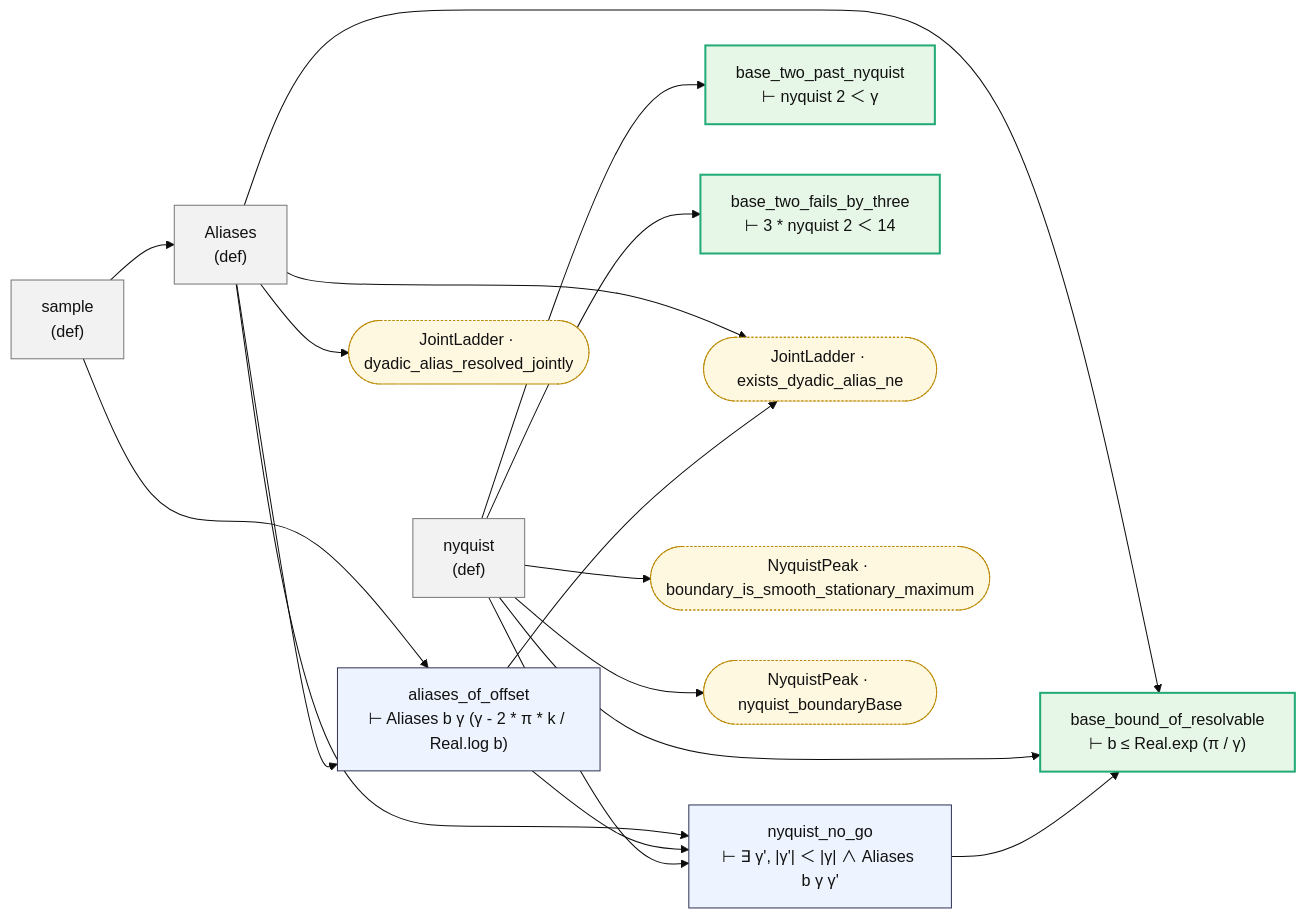
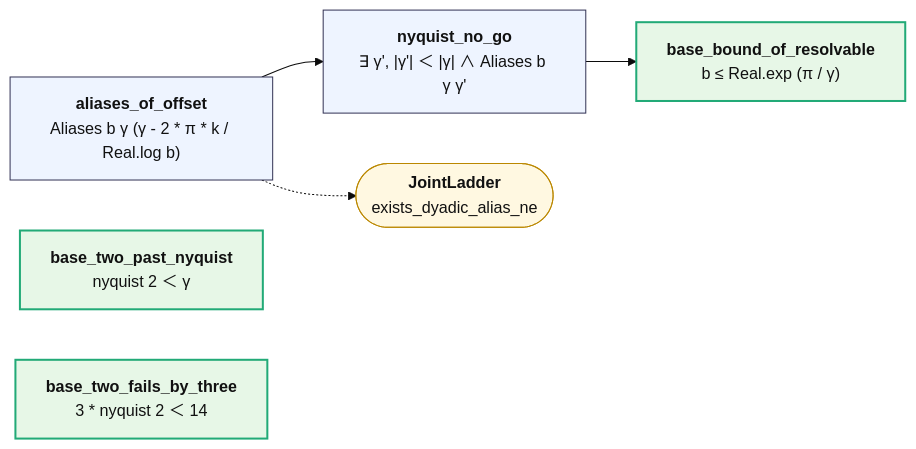
One commit to juliansambranojr/Primebeat_081426 changed the diagram in map/lean/Nyquist.md. Above: the diagram before and after it, drawn with Mermaid (base theme). The commit also changed other lines of this file and 387 other files, not shown here.

````diff
--- a/map/lean/Nyquist.md
+++ b/map/lean/Nyquist.md
@@ -8,37 +12,17 @@
 ```mermaid
 flowchart LR
-  n0["sample<br/>(def)"]:::dfn
-  n1["Aliases<br/>(def)"]:::dfn
-  n2["aliases_of_offset<br/>⊢ Aliases b γ (γ - 2 * π * k / Real.log b)"]:::thm
-  n3["nyquist<br/>(def)"]:::dfn
-  n4["nyquist_no_go<br/>⊢ ∃ γ', |γ'| ＜ |γ| ∧ Aliases b γ γ'"]:::thm
-  n5["base_bound_of_resolvable<br/>⊢ b ≤ Real.exp (π / γ)"]:::end_
-  n6["base_two_past_nyquist<br/>⊢ nyquist 2 ＜ γ"]:::end_
-  n7["base_two_fails_by_three<br/>⊢ 3 * nyquist 2 ＜ 14"]:::end_
-  x0(["JointLadder · dyadic_alias_resolved_jointly"]):::ext
-  x1(["JointLadder · exists_dyadic_alias_ne"]):::ext
-  x2(["NyquistPeak · boundary_is_smooth_stationary_maximum"]):::ext
-  x3(["NyquistPeak · nyquist_boundaryBase"]):::ext
+  n0["<b>aliases_of_offset</b><br/>Aliases b γ (γ - 2 * π * k / Real.log b)"]:::thm
+  n1["<b>nyquist_no_go</b><br/>∃ γ', |γ'| ＜ |γ| ∧ Aliases b γ γ'"]:::thm
+  n2["<b>base_bound_of_resolvable</b><br/>b ≤ Real.exp (π / γ)"]:::end_
+  n3["<b>base_two_past_nyquist</b><br/>nyquist 2 ＜ γ"]:::end_
+  n4["<b>base_two_fails_by_three</b><br/>3 * nyquist 2 ＜ 14"]:::end_
+  x0(["<b>JointLadder</b><br/>exists_dyadic_alias_ne"]):::ext
   n0 --> n1
-  n0 --> n2
   n1 --> n2
-  n1 --> n4
-  n1 --> n5
-  n1 --> x0
-  n1 --> x1
-  n2 --> n4
-  n2 --> x1
-  n3 --> n4
-  n3 --> n5
-  n3 --> n6
-  n3 --> n7
-  n3 --> x2
-  n3 --> x3
-  n4 --> n5
+  n0 -.-> x0
   classDef thm fill:#eef4ff,stroke:#335,color:#111
-  classDef dfn fill:#f2f2f2,stroke:#777,color:#111
   classDef end_ fill:#e7f7e7,stroke:#2a7,color:#111,stroke-width:2px
   classDef lone fill:#fff,stroke:#999,color:#111,stroke-dasharray:4 3
   classDef bad fill:#ffe5e5,stroke:#c22,color:#111,stroke-width:2px
-  classDef ext fill:#fff8e1,stroke:#b80,color:#111,stroke-dasharray:2 2
+  classDef ext fill:#fff8e1,stroke:#b80,color:#111
 ```
````
